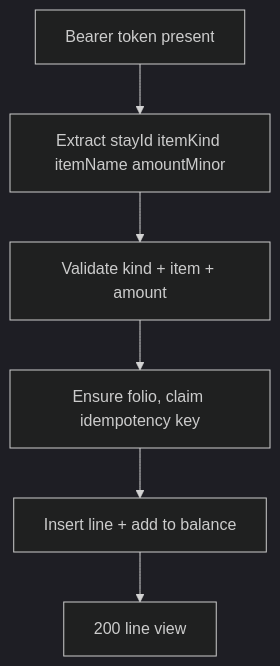
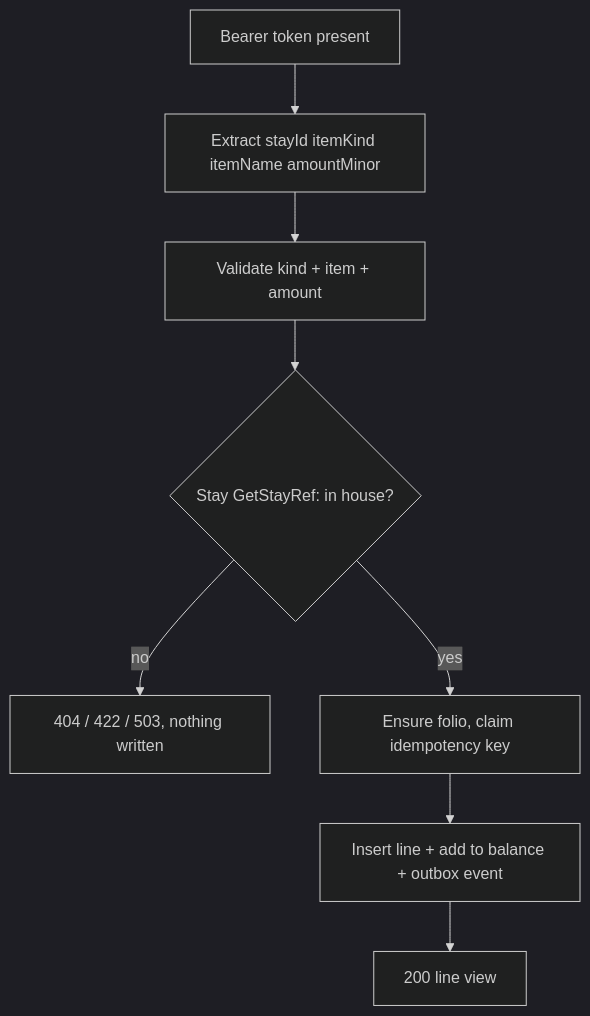
Before and after one commit to MingChen1501/hotel-mgmt: the first of 2 diagrams in docs/architecture/services/billing.md, drawn with Mermaid (dark theme). The commit also changed other lines of this file and 32 other files, not shown here.

First line of the commit message:
fix(billing): Verify the stay before every folio write (#748)

````diff
--- a/docs/architecture/services/billing.md
+++ b/docs/architecture/services/billing.md
@@ -32,8 +33,10 @@
 ```mermaid
 flowchart TD
     A[Bearer token present] --> B[Extract stayId itemKind itemName amountMinor]
     B --> C[Validate kind + item + amount]
-    C --> D[Ensure folio, claim idempotency key]
-    D --> E[Insert line + add to balance]
+    C --> V{Stay GetStayRef: in house?}
+    V -->|no| R[404 / 422 / 503, nothing written]
+    V -->|yes| D[Ensure folio, claim idempotency key]
+    D --> E[Insert line + add to balance + outbox event]
     E --> F[200 line view]
 ```
````
